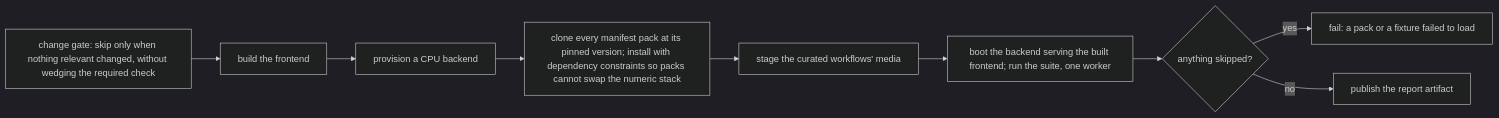
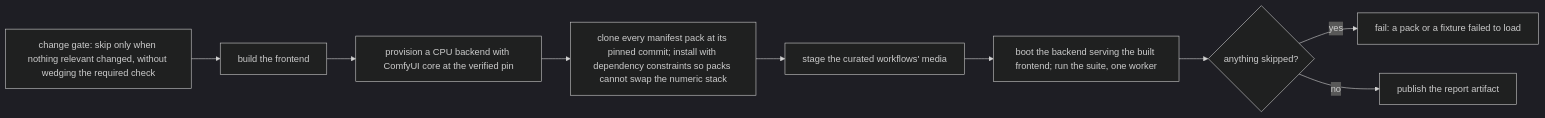
The ninth of 10 diagrams in browser_tests/tests/customNodes/ARCHITECTURE.md (Comfy-Org/ComfyUI_frontend), drawn with Mermaid (dark theme) before and after one commit. The commit also changed other lines of this file and 3 other files, not shown here.

````diff
--- a/browser_tests/tests/customNodes/ARCHITECTURE.md
+++ b/browser_tests/tests/customNodes/ARCHITECTURE.md
@@ -685,12 +697,12 @@
 ```mermaid
 %%{init: {"flowchart": {"wrappingWidth": 260}}}%%
 flowchart LR
     CH["change gate: skip only when nothing relevant changed, without wedging the required check"] --> BUILD["build the frontend"]
-    BUILD --> ENV["provision a CPU backend"]
-    ENV --> INST["clone every manifest pack at its pinned version; install with dependency constraints so packs cannot swap the numeric stack"]
+    BUILD --> ENV["provision a CPU backend with ComfyUI core at the verified pin"]
+    ENV --> INST["clone every manifest pack at its pinned commit; install with dependency constraints so packs cannot swap the numeric stack"]
     INST --> ASSET["stage the curated workflows' media"]
     ASSET --> RUN["boot the backend serving the built frontend; run the suite, one worker"]
     RUN --> SKIP{"anything skipped?"}
     SKIP -- yes --> RED["fail: a pack or a fixture failed to load"]
     SKIP -- no --> ART["publish the report artifact"]
 ```
````
